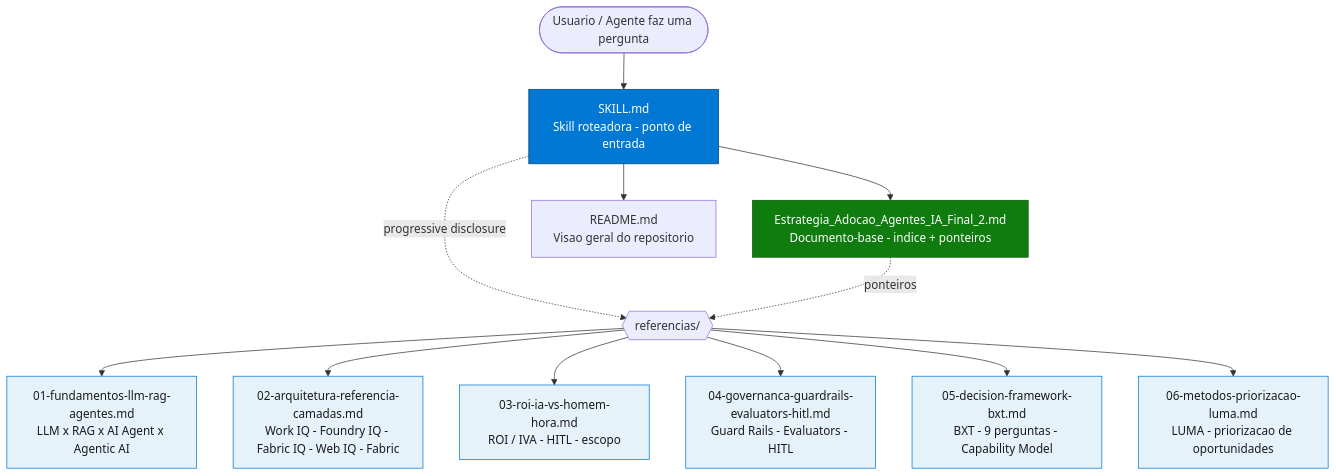
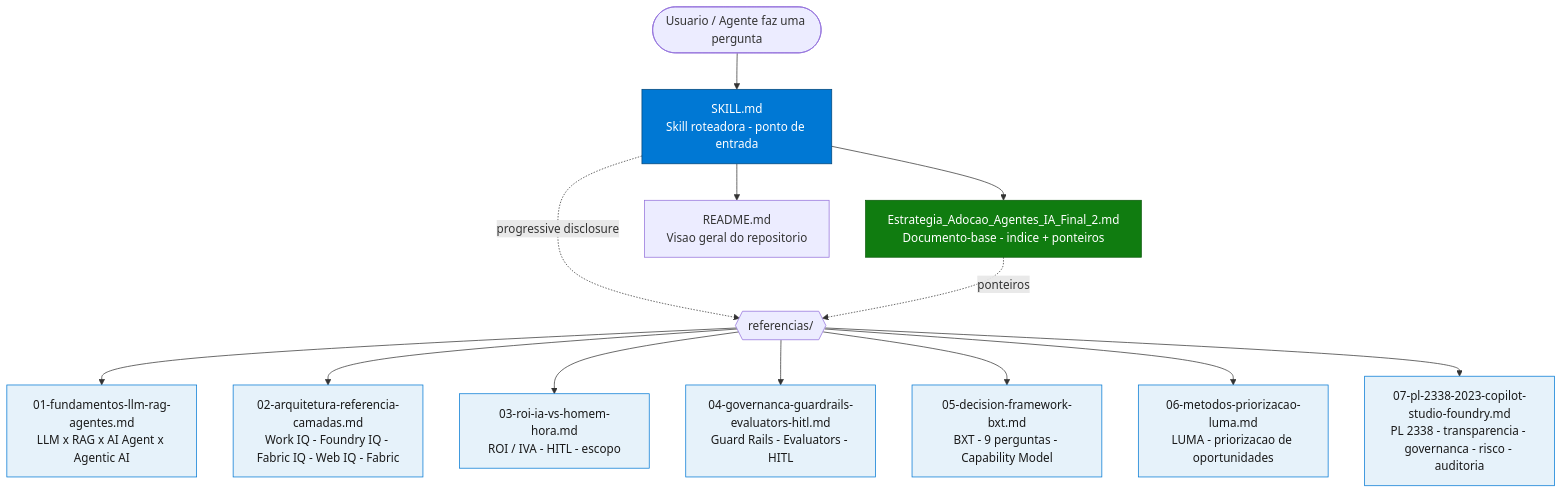
The first of 2 diagrams in README.md (fabioharams/hubsp-ai-skill), drawn with Mermaid before and after one commit. The commit also changed other lines of this file and 1 other file, not shown here.

Commit message:
atualizado readme.md

````diff
--- a/README.md
+++ b/README.md
@@ -37,24 +37,25 @@
 ```mermaid
 graph TD
     USER([Usuario / Agente faz uma pergunta]) --> SKILL[SKILL.md<br/>Skill roteadora - ponto de entrada]
     SKILL --> CANON[Estrategia_Adocao_Agentes_IA_Final_2.md<br/>Documento-base - indice + ponteiros]
 
     SKILL -. progressive disclosure .-> REF{{referencias/}}
     CANON -. ponteiros .-> REF
 
       REF --> R1[01-fundamentos-llm-rag-agentes.md<br/>LLM x RAG x AI Agent x Agentic AI]
       REF --> R2[02-arquitetura-referencia-camadas.md<br/>Work IQ - Foundry IQ - Fabric IQ - Web IQ - Fabric]
       REF --> R3[03-roi-ia-vs-homem-hora.md<br/>ROI / IVA - HITL - escopo]
       REF --> R4[04-governanca-guardrails-evaluators-hitl.md<br/>Guard Rails - Evaluators - HITL]
       REF --> R5[05-decision-framework-bxt.md<br/>BXT - 9 perguntas - Capability Model]
       REF --> R6[06-metodos-priorizacao-luma.md<br/>LUMA - priorizacao de oportunidades]
+      REF --> R7[07-pl-2338-2023-copilot-studio-foundry.md<br/>PL 2338 - transparencia - governanca - risco - auditoria]
 
     SKILL --> README[README.md<br/>Visao geral do repositorio]
 
     classDef entry fill:#0078D4,stroke:#004578,color:#fff;
     classDef canon fill:#107C10,stroke:#0B5A0B,color:#fff;
     classDef ref fill:#E6F2FA,stroke:#0078D4,color:#1a1a1a;
     class SKILL entry;
     class CANON canon;
-    class R1,R2,R3,R4,R5,R6 ref;
+   class R1,R2,R3,R4,R5,R6,R7 ref;
 ```
````
